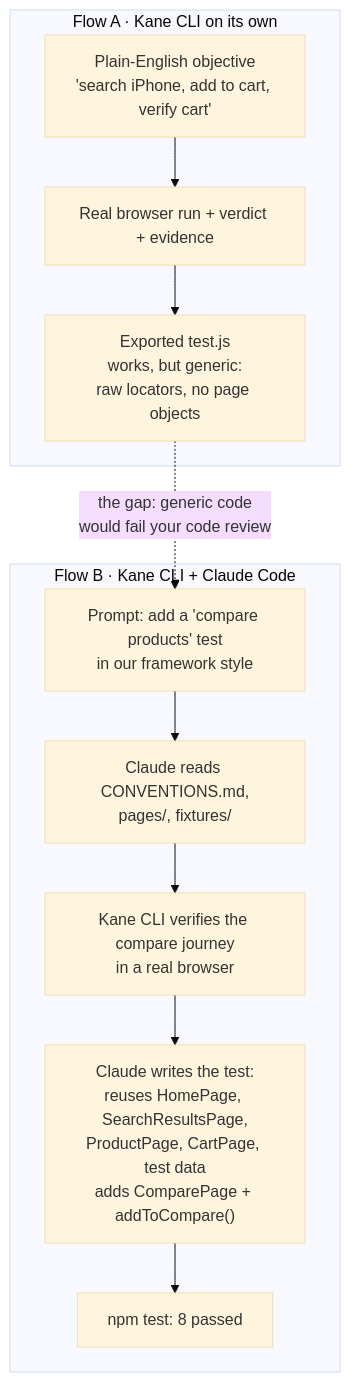
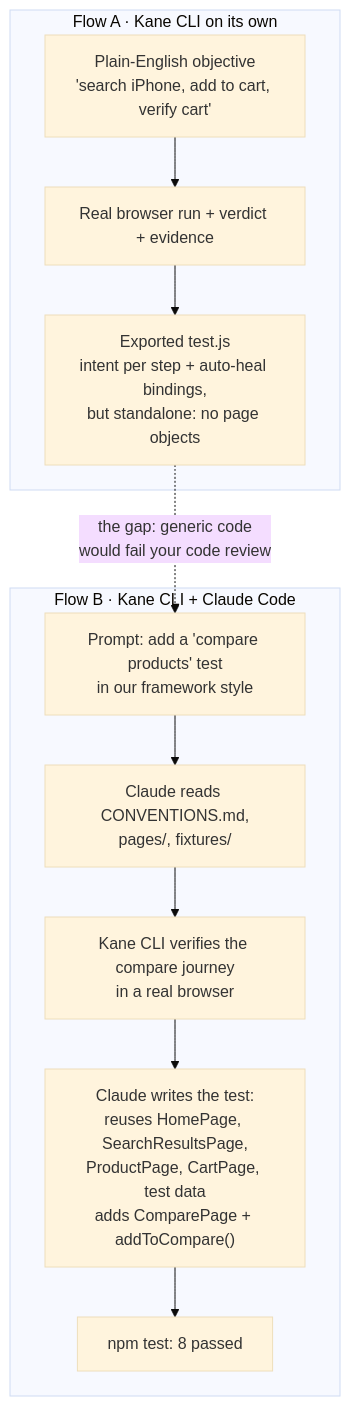
The second of 3 diagrams in README.md (anubhavsinghmaar/autodesk-demo), drawn with Mermaid (base theme) before and after one commit. The commit also changed other lines of this file and 1 other file, not shown here.

Commit message:
README/script: real Kane CLI export excerpt (intent per step, auto-heal bindings)

````diff
--- a/README.md
+++ b/README.md
@@ -37,16 +37,16 @@
 ```mermaid
 flowchart TD
     subgraph A["Flow A · Kane CLI on its own"]
         A1["Plain-English objective<br/>'search iPhone, add to cart, verify cart'"] --> A2["Real browser run + verdict + evidence"]
-        A2 --> A3["Exported test.js<br/>works, but generic:<br/>raw locators, no page objects"]
+        A2 --> A3["Exported test.js<br/>intent per step + auto-heal bindings,<br/>but standalone: no page objects"]
     end
 
     subgraph B["Flow B · Kane CLI + Claude Code"]
         B1["Prompt: add a 'compare products' test<br/>in our framework style"] --> B2["Claude reads CONVENTIONS.md,<br/>pages/, fixtures/"]
         B2 --> B3["Kane CLI verifies the compare journey<br/>in a real browser"]
         B3 --> B4["Claude writes the test:<br/>reuses HomePage, SearchResultsPage,<br/>ProductPage, CartPage, test data<br/>adds ComparePage + addToCompare()"]
         B4 --> B5["npm test: 8 passed"]
     end
 
     A3 -. "the gap: generic code<br/>would fail your code review" .-> B1
 ```
````
